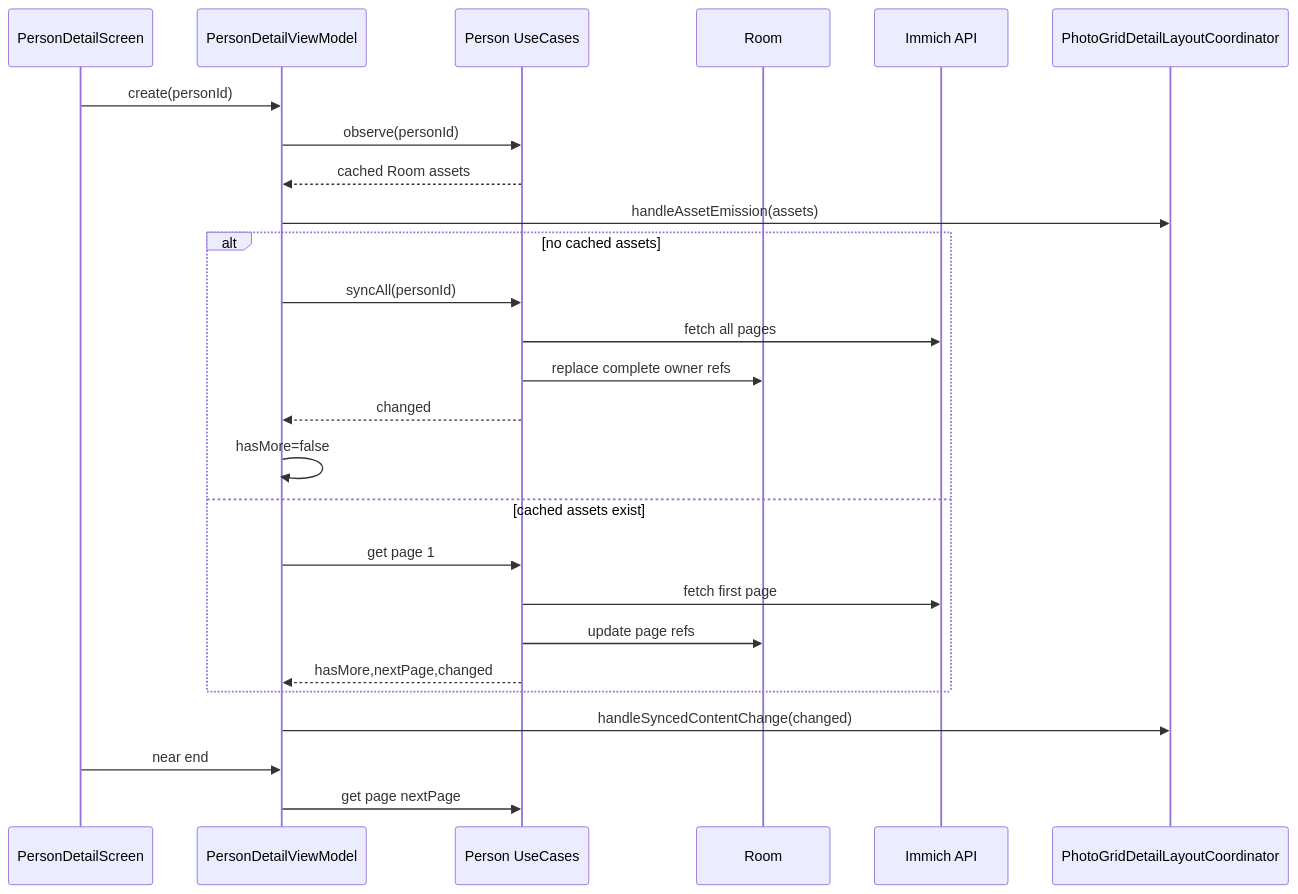
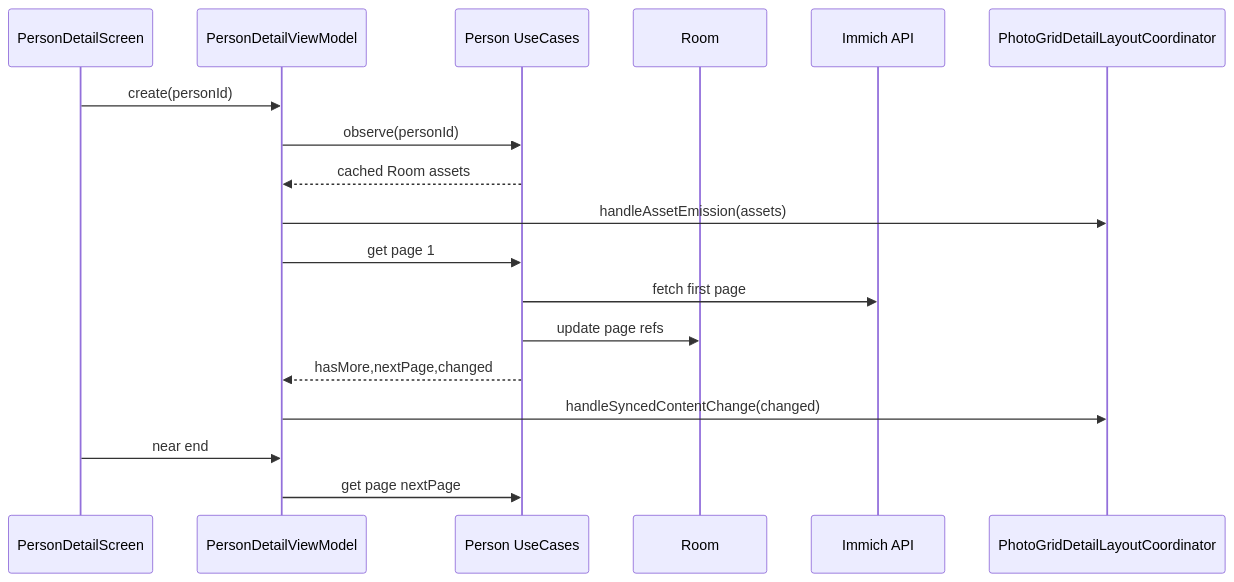
Before and after one commit to ch4ndu/ImmichGallery: the third of 9 diagrams in docs/ai/album-person-detail.md, drawn with Mermaid. The commit also changed other lines of this file and 15 other files, not shown here.

````diff
--- a/docs/ai/album-person-detail.md
+++ b/docs/ai/album-person-detail.md
@@ -155,29 +157,21 @@
 ```mermaid
 sequenceDiagram
     participant UI as PersonDetailScreen
     participant VM as PersonDetailViewModel
     participant UC as Person UseCases
     participant Room as Room
     participant API as Immich API
     participant Coord as PhotoGridDetailLayoutCoordinator
 
     UI->>VM: create(personId)
     VM->>UC: observe(personId)
     UC-->>VM: cached Room assets
     VM->>Coord: handleAssetEmission(assets)
-    alt no cached assets
-        VM->>UC: syncAll(personId)
-        UC->>API: fetch all pages
-        UC->>Room: replace complete owner refs
-        UC-->>VM: changed
-        VM->>VM: hasMore=false
-    else cached assets exist
-        VM->>UC: get page 1
-        UC->>API: fetch first page
-        UC->>Room: update page refs
-        UC-->>VM: hasMore,nextPage,changed
-    end
+    VM->>UC: get page 1
+    UC->>API: fetch first page
+    UC->>Room: update page refs
+    UC-->>VM: hasMore,nextPage,changed
     VM->>Coord: handleSyncedContentChange(changed)
     UI->>VM: near end
     VM->>UC: get page nextPage
 ```
````
